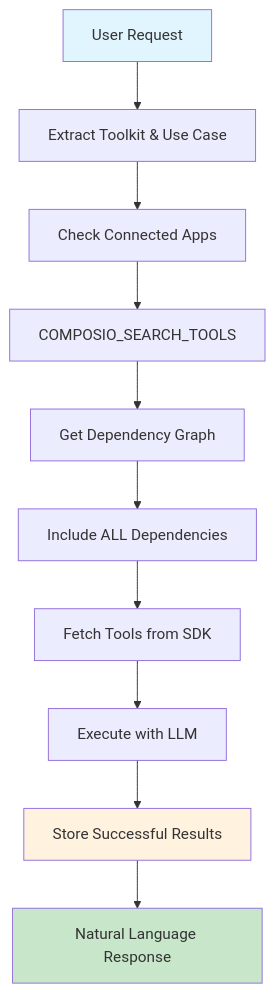
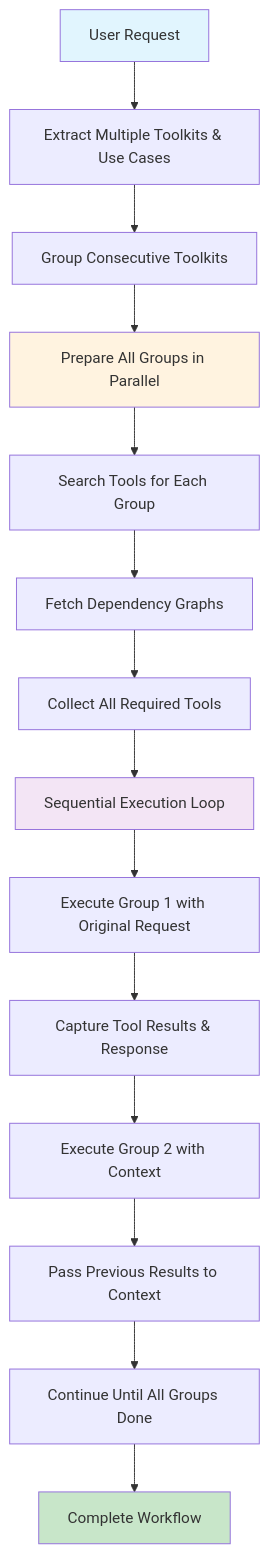
Before and after one commit to standujar/plugin-composio: the first of 2 diagrams in README.md, drawn with Mermaid. The commit also changed other lines of this file and 8 other files, not shown here.

Commit message:
feat: update version to 1.3.1 in package.json, add multi-user mode support and allowed toolkits configuration, enhance README with migration details for AI SDK v5, and improve sequential multi-toolkit execution logic in useComposioToolsAction

````diff
--- a/README.md
+++ b/README.md
@@ -234,16 +237,21 @@
 ```mermaid
 graph TD
-    A[User Request] --> B[Extract Toolkit & Use Case]
-    B --> C[Check Connected Apps]
-    C --> D[COMPOSIO_SEARCH_TOOLS]
-    D --> E[Get Dependency Graph]
-    E --> F[Include ALL Dependencies]
-    F --> G[Fetch Tools from SDK]
-    G --> H[Execute with LLM]
-    H --> I[Store Successful Results]
-    I --> J[Natural Language Response]
+    A[User Request] --> B[Extract Multiple Toolkits & Use Cases]
+    B --> C[Group Consecutive Toolkits]
+    C --> D[Prepare All Groups in Parallel]
+    D --> E[Search Tools for Each Group]
+    E --> F[Fetch Dependency Graphs]
+    F --> G[Collect All Required Tools]
+    G --> H[Sequential Execution Loop]
+    H --> I[Execute Group 1 with Original Request]
+    I --> J[Capture Tool Results & Response]
+    J --> K[Execute Group 2 with Context]
+    K --> L[Pass Previous Results to Context]
+    L --> M[Continue Until All Groups Done]
+    M --> N[Complete Workflow]
     
     style A fill:#e1f5fe
-    style J fill:#c8e6c9
-    style I fill:#fff3e0
+    style D fill:#fff3e0
+    style H fill:#f3e5f5
+    style N fill:#c8e6c9
 ```
````
